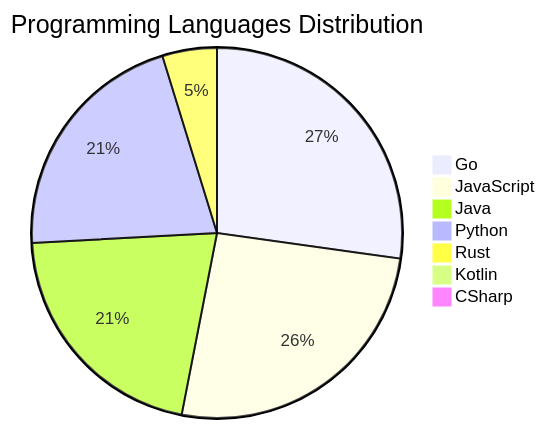
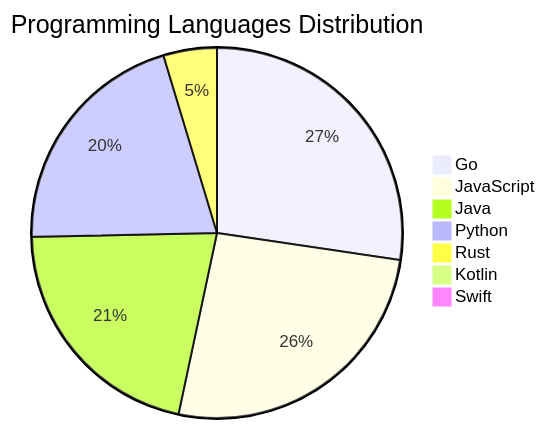
One commit to Derrick-MUGISHA/github-activity-bot changed the diagram in README.md. Above: the diagram before and after it, drawn with Mermaid. The commit also changed other lines of this file and 4 other files, not shown here.

````diff
--- a/README.md
+++ b/README.md
@@ -207,10 +207,10 @@
 ```mermaid
 pie title Programming Languages Distribution
-    "Go" : 40
-    "JavaScript" : 38
-    "Java" : 31
+    "Go" : 41
+    "JavaScript" : 39
+    "Java" : 32
     "Python" : 31
     "Rust" : 7
     "Kotlin" : 1
-    "CSharp" : 1
+    "Swift" : 1
 ```
````
